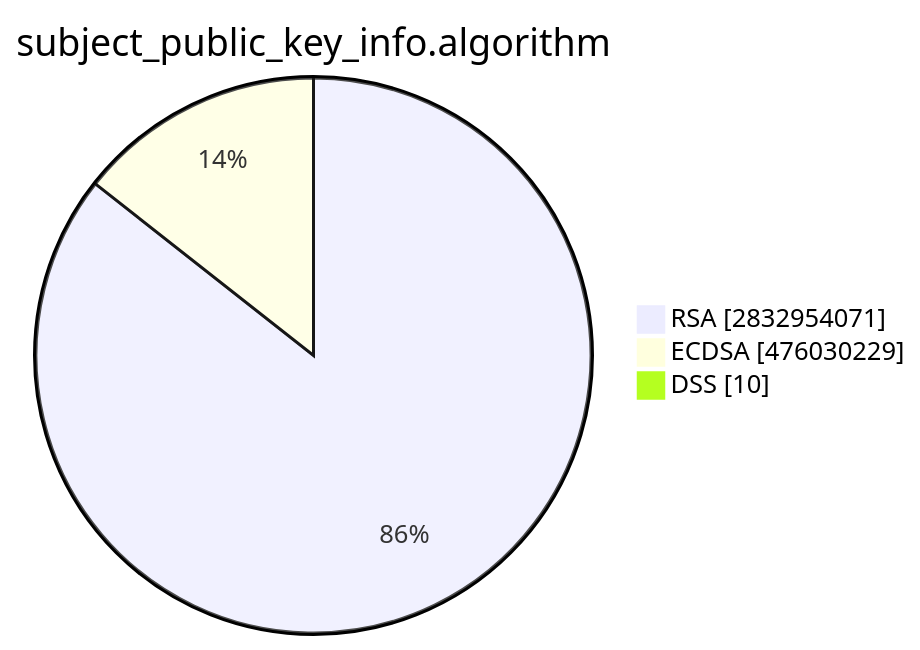
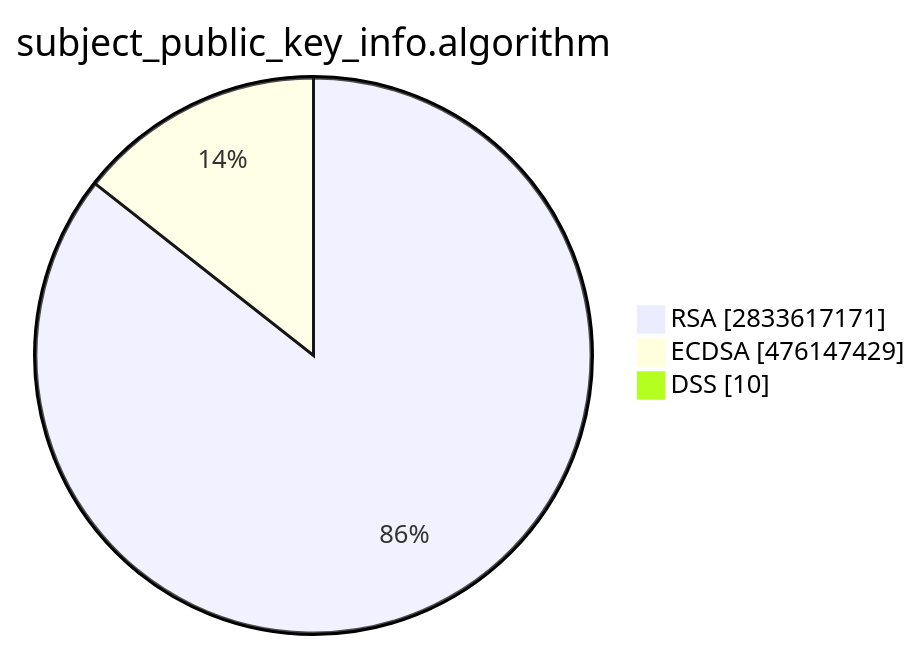
One commit to christiankrug/ctmonitor_visualization changed the second of 15 diagrams in TOTAL/README.md. Above: the diagram before and after it, drawn with Mermaid. The commit also changed other lines of this file, not shown here.

````diff
--- a/TOTAL/README.md
+++ b/TOTAL/README.md
@@ -6,7 +6,7 @@
 ```mermaid
 pie showData
 title subject_public_key_info.algorithm
-"RSA" :2832954071
-"ECDSA" :476030229
+"RSA" :2833617171
+"ECDSA" :476147429
 "DSS" :10
 ```
````
